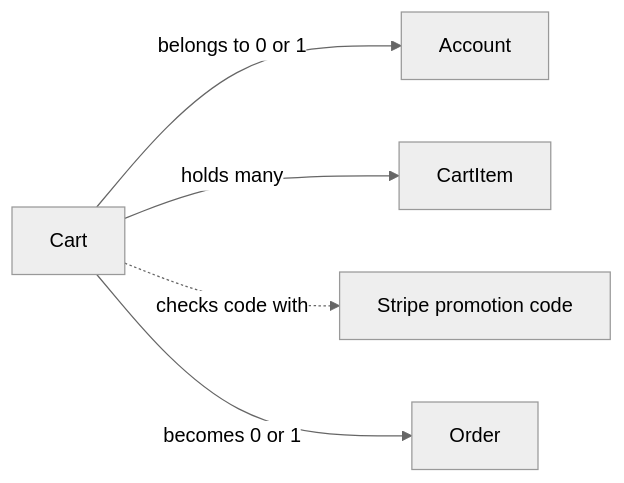
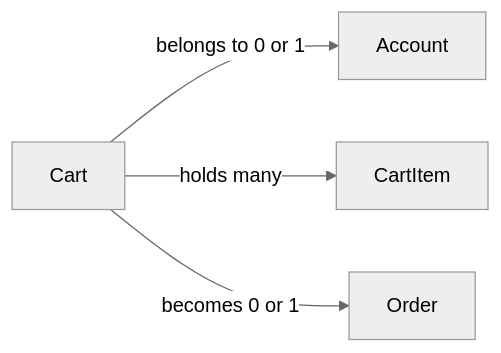
Before and after one commit to rachelwong/preppers: the diagram in docs/data-model/entities/cart.md, drawn with Mermaid (neutral theme). The commit also changed other lines of this file and 18 other files, not shown here.

````diff
--- a/docs/data-model/entities/cart.md
+++ b/docs/data-model/entities/cart.md
@@ -18,7 +16,6 @@
 ```mermaid
 flowchart LR
   C[Cart] -->|"belongs to 0 or 1"| A[Account]
   C -->|"holds many"| CI[CartItem]
-  C -.->|"checks code with"| S[Stripe promotion code]
   C -->|"becomes 0 or 1"| O[Order]
 ```
````
